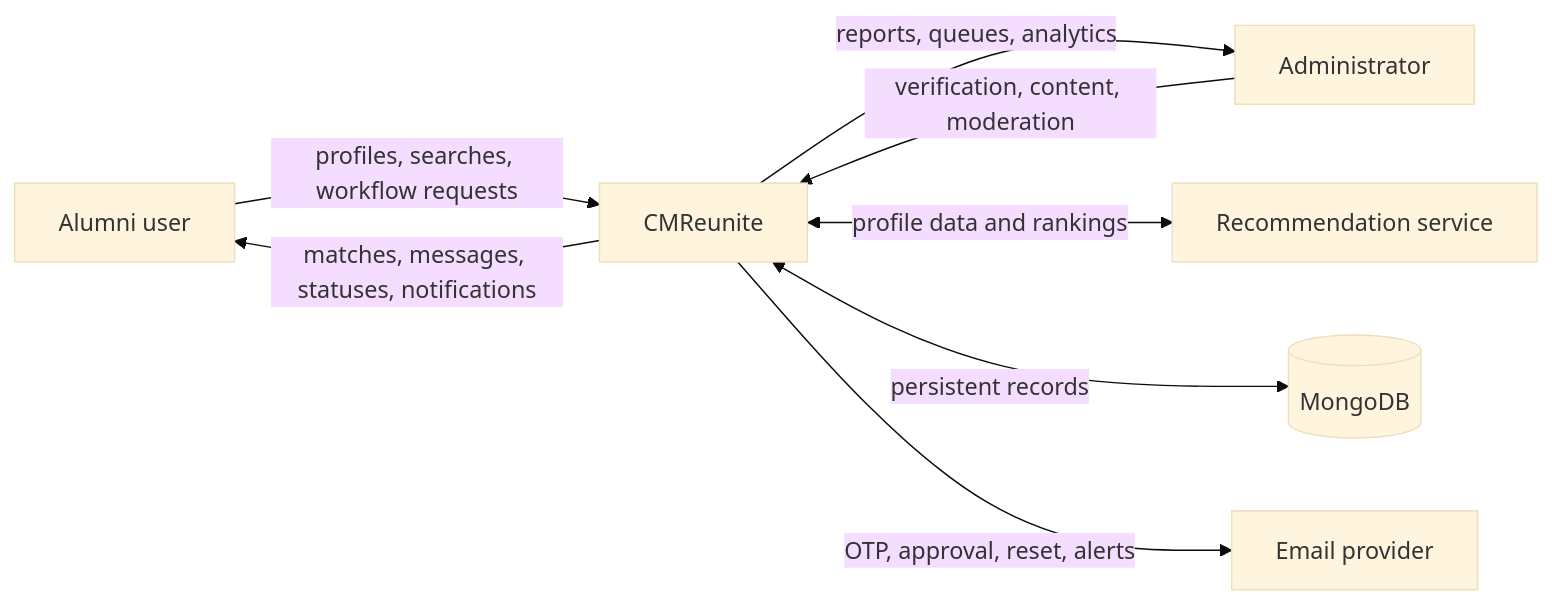
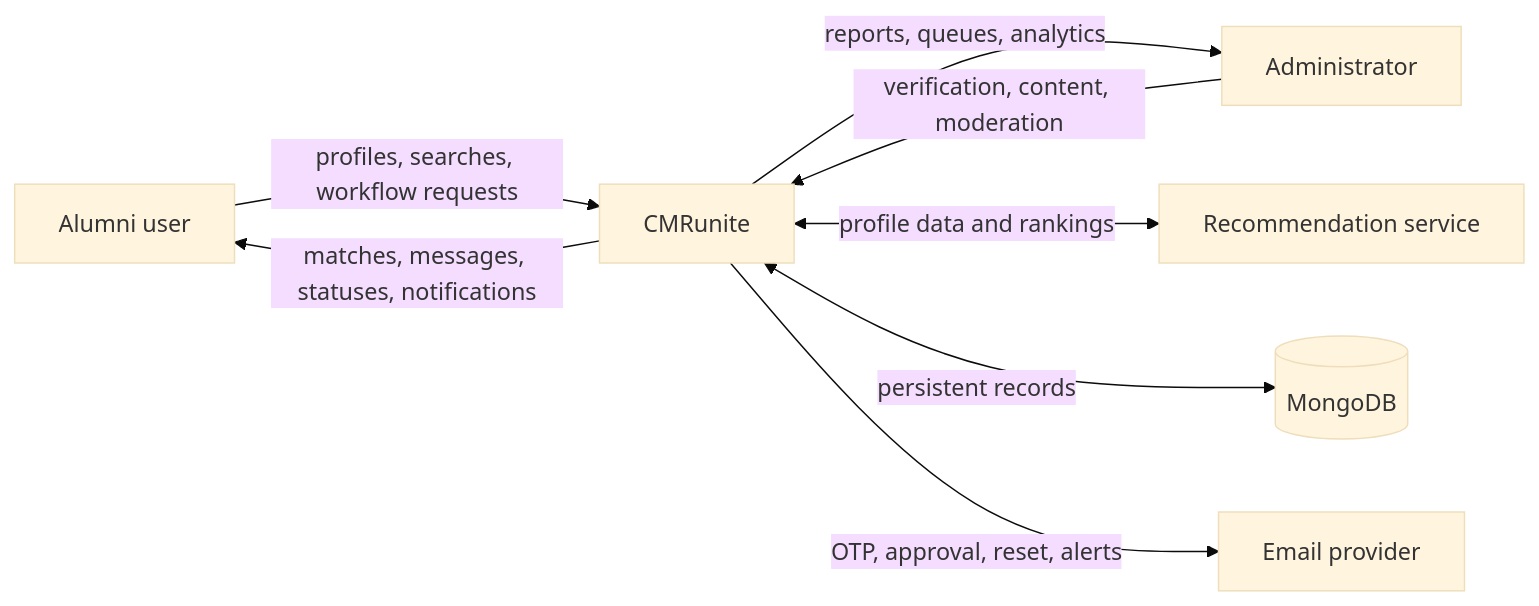
One commit to Aditya2714/CMReunite changed the second of 7 diagrams in docs/USE_CASES_AND_DFD.md. Above: the diagram before and after it, drawn with Mermaid (base theme). The commit also changed 245 other files, not shown here.

````diff
--- a/docs/USE_CASES_AND_DFD.md
+++ b/docs/USE_CASES_AND_DFD.md
@@ -29,10 +29,10 @@
 ```mermaid
 flowchart LR
-    Alumni["Alumni user"] -->|profiles, searches, workflow requests| System["CMReunite"]
+    Alumni["Alumni user"] -->|profiles, searches, workflow requests| System["CMRunite"]
     System -->|matches, messages, statuses, notifications| Alumni
     Admin["Administrator"] -->|verification, content, moderation| System
     System -->|reports, queues, analytics| Admin
     System <-->|profile data and rankings| ML["Recommendation service"]
     System <-->|persistent records| DB[("MongoDB")]
     System -->|OTP, approval, reset, alerts| Email["Email provider"]
 ```
````
